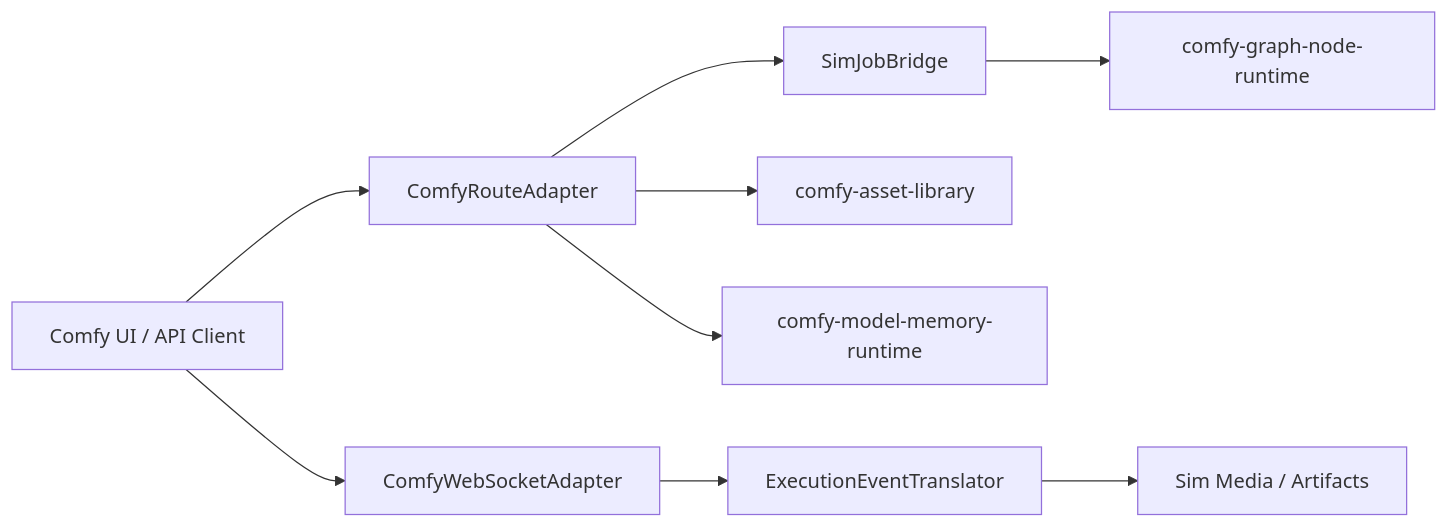
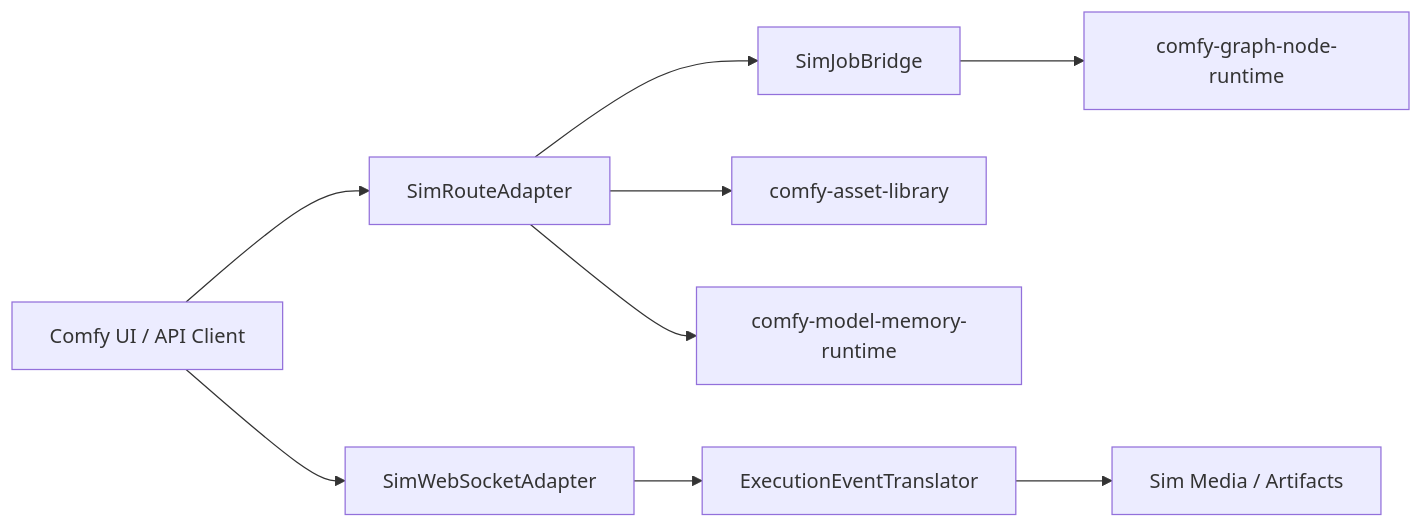
Before and after one commit to imagineerings/xor: the diagram in .agents/specs/godot-migration/comfy-runtime-control-plane/design.md, drawn with Mermaid. The commit also changed other lines of this file and 10 other files, not shown here.

First line of the commit message:
docs: use native Sim names for Comfy-derived specs (#323)

````diff
--- a/.agents/specs/godot-migration/comfy-runtime-control-plane/design.md
+++ b/.agents/specs/godot-migration/comfy-runtime-control-plane/design.md
@@ -9,11 +9,11 @@
 ```mermaid
 flowchart LR
-    Client[Comfy UI / API Client] --> Routes[ComfyRouteAdapter]
-    Client --> Ws[ComfyWebSocketAdapter]
+    Client[Comfy UI / API Client] --> Routes[SimRouteAdapter]
+    Client --> Ws[SimWebSocketAdapter]
     Routes --> Jobs[SimJobBridge]
     Ws --> Events[ExecutionEventTranslator]
     Jobs --> Graph[comfy-graph-node-runtime]
     Routes --> Assets[comfy-asset-library]
     Routes --> Models[comfy-model-memory-runtime]
     Events --> Media[Sim Media / Artifacts]
 ```
````
